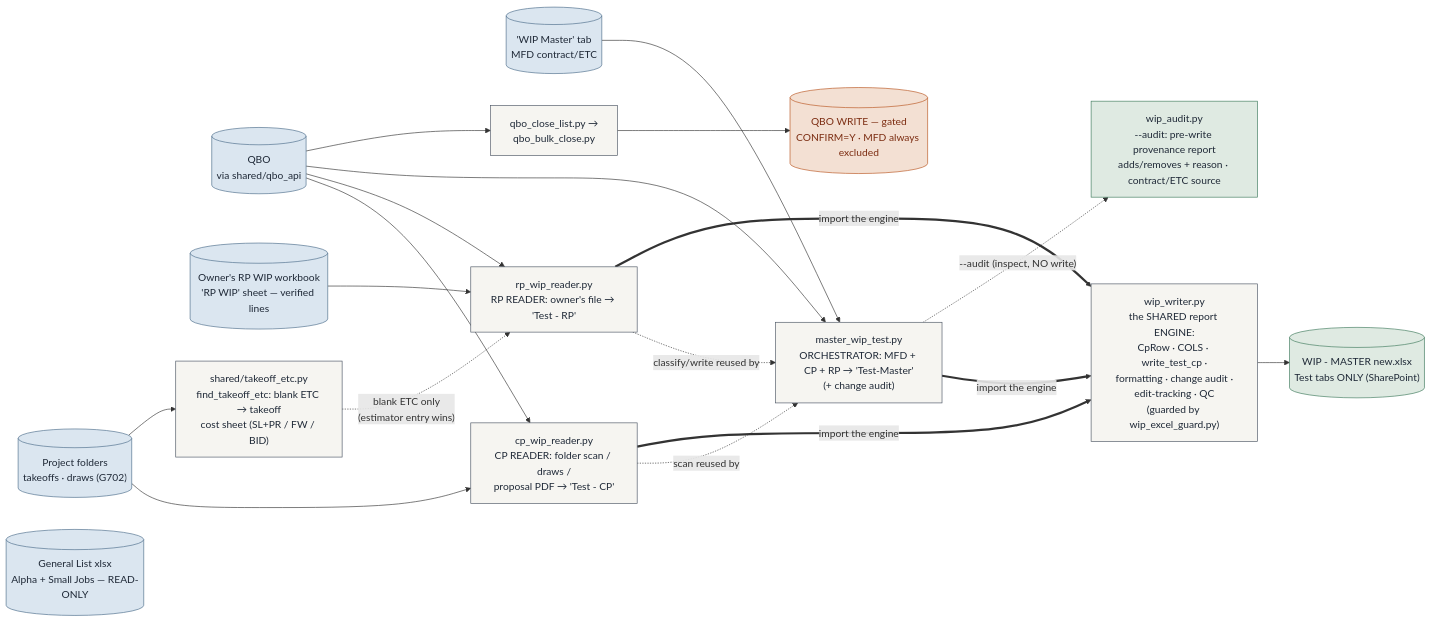
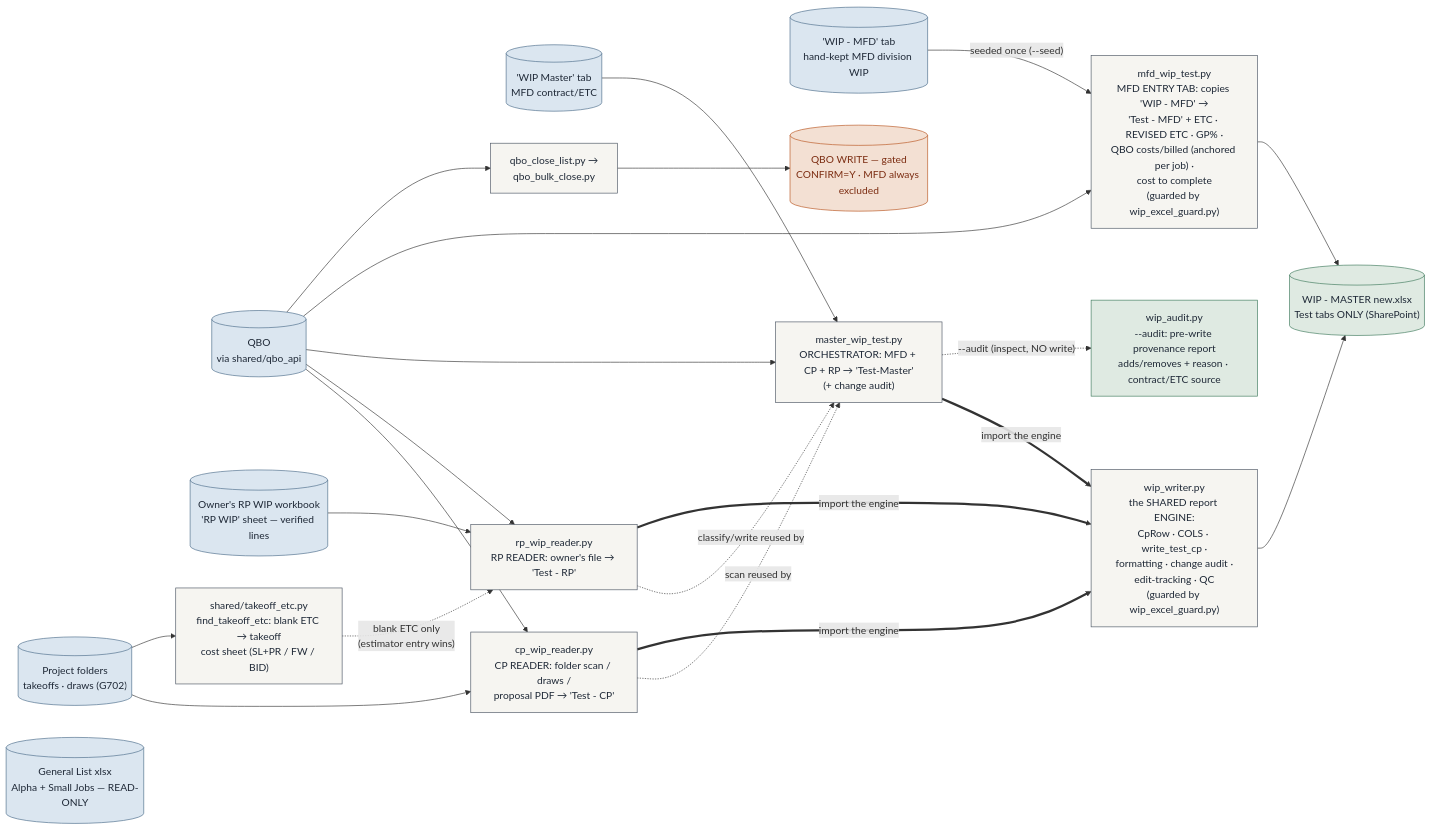
Before and after one commit to Ecarlo-Proficient/Claude-Report: the third of 6 diagrams in docs/ARCHITECTURE.md, drawn with Mermaid. The commit also changed other lines of this file and 5 other files, not shown here.

````diff
--- a/docs/ARCHITECTURE.md
+++ b/docs/ARCHITECTURE.md
@@ -262,36 +266,40 @@
 ```mermaid
 flowchart LR
     classDef src fill:#dbe6f0,stroke:#4A6B8A,color:#1f2937
     classDef tool fill:#f6f5f1,stroke:#4b5563,color:#1f2937
     classDef out fill:#dfeae2,stroke:#3E7A5C,color:#1f2937
     classDef gate fill:#f3e0d3,stroke:#B9541E,color:#7c2d12
 
     FOLDERS[("Project folders\ntakeoffs · draws (G702)")]:::src
     GL[("General List xlsx\nAlpha + Small Jobs — READ-ONLY")]:::src
     QBO[("QBO\nvia shared/qbo_api")]:::src
     RPFIX[("Owner's RP WIP workbook\n'RP WIP' sheet — verified lines")]:::src
     WMTAB[("'WIP Master' tab\nMFD contract/ETC")]:::src
+    MFDTAB[("'WIP - MFD' tab\nhand-kept MFD division WIP")]:::src
     TKETC["shared/takeoff_etc.py\nfind_takeoff_etc: blank ETC → takeoff\ncost sheet (SL+PR / FW / BID)"]:::tool
 
     ENGINE["wip_writer.py\nthe SHARED report ENGINE:\nCpRow · COLS · write_test_cp ·\nformatting · change audit ·\nedit-tracking · QC\n(guarded by wip_excel_guard.py)"]:::tool
     CPR["cp_wip_reader.py\nCP READER: folder scan / draws /\nproposal PDF → 'Test - CP'"]:::tool
     RPR["rp_wip_reader.py\nRP READER: owner's file → 'Test - RP'"]:::tool
     MASTER["master_wip_test.py\nORCHESTRATOR: MFD + CP + RP → 'Test-Master'\n(+ change audit)"]:::tool
     TEST[("WIP - MASTER new.xlsx\nTest tabs ONLY (SharePoint)")]:::out
+    MFDT["mfd_wip_test.py\nMFD ENTRY TAB: copies 'WIP - MFD' →\n'Test - MFD' + ETC · REVISED ETC · GP% ·\nQBO costs/billed (anchored per job) ·\ncost to complete\n(guarded by wip_excel_guard.py)"]:::tool
     CLOSE["qbo_close_list.py →\nqbo_bulk_close.py"]:::tool
     QW[("QBO WRITE — gated\nCONFIRM=Y · MFD always excluded")]:::gate
 
     FOLDERS --> CPR
     RPFIX --> RPR
     FOLDERS --> TKETC
     TKETC -.->|"blank ETC only\n(estimator entry wins)"| RPR
-    QBO --> CPR & RPR & MASTER
+    QBO --> CPR & RPR & MASTER & MFDT
     WMTAB --> MASTER
+    MFDTAB -->|"seeded once (--seed)"| MFDT
+    MFDT --> TEST
     CPR -.->|"scan reused by"| MASTER
     RPR -.->|"classify/write reused by"| MASTER
     CPR & RPR & MASTER ==>|"import the engine"| ENGINE
     ENGINE --> TEST
     AUDIT["wip_audit.py\n--audit: pre-write provenance report\nadds/removes + reason · contract/ETC source"]:::out
     MASTER -.->|"--audit (inspect, NO write)"| AUDIT
     QBO --> CLOSE --> QW
 ```
````
